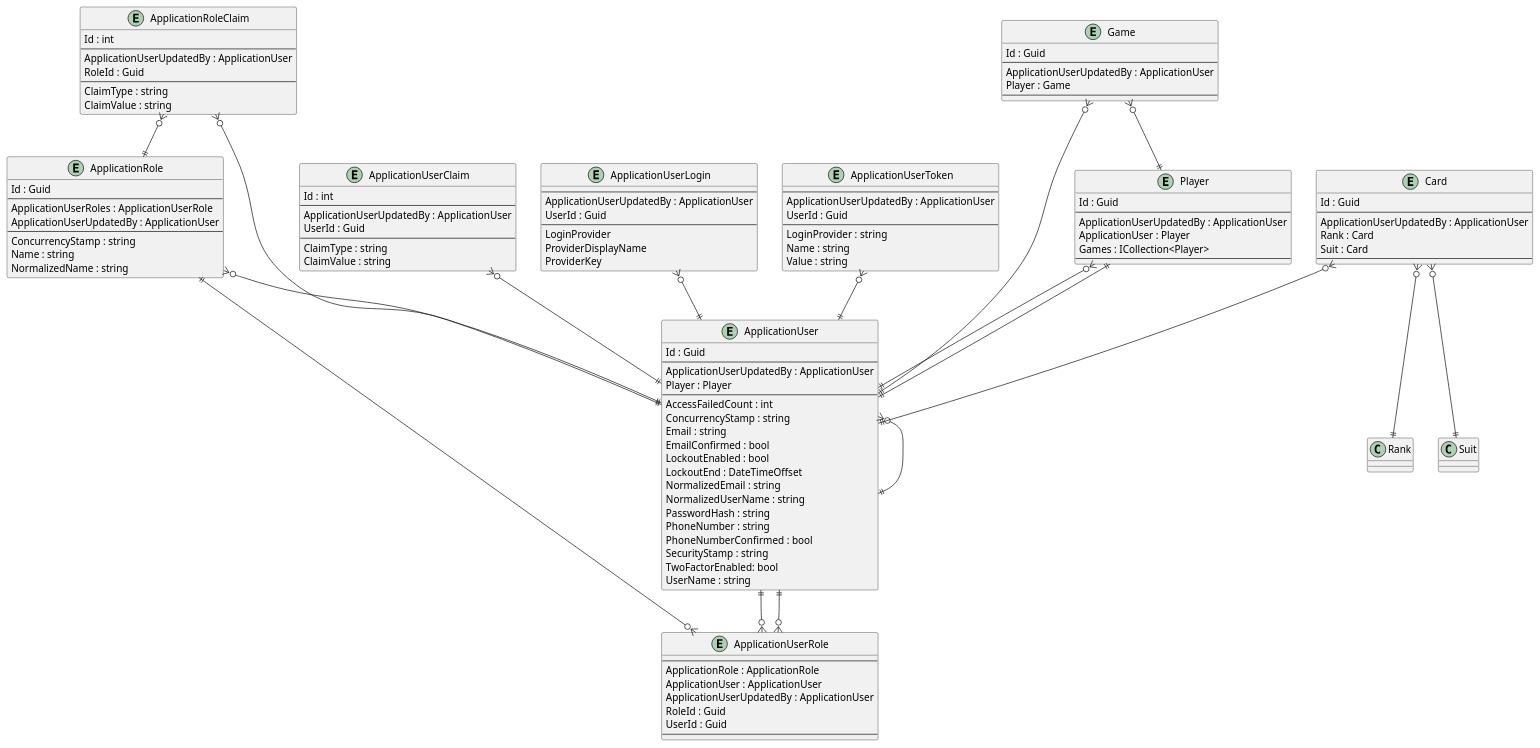
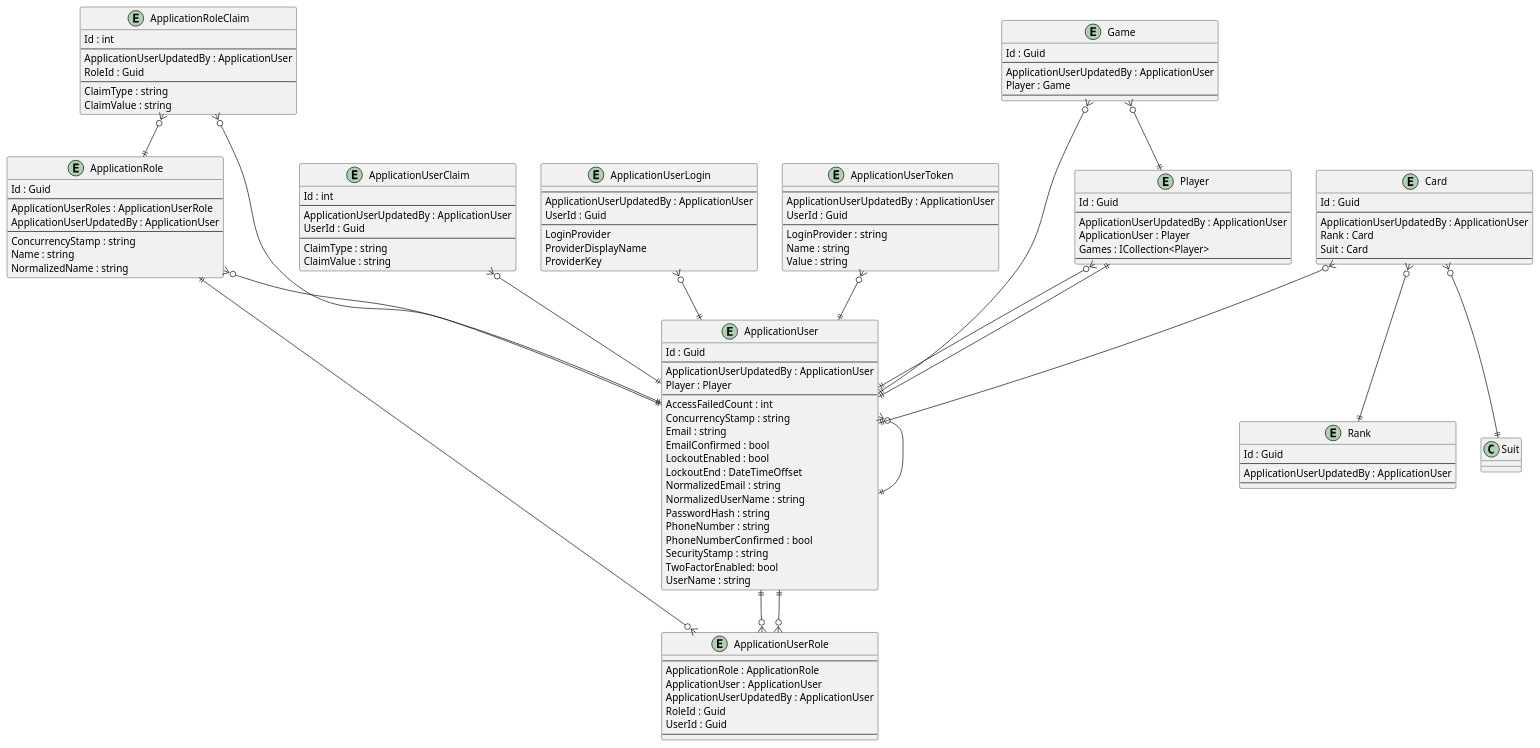
One commit to intrepion/intrepion_klondike-solitaire_csharp changed the diagram in .docs/Intrepion.KlondikeSolitaire.pu. Above: the diagram before and after it, drawn with PlantUML.

```diff
--- a/.docs/Intrepion.KlondikeSolitaire.pu
+++ b/.docs/Intrepion.KlondikeSolitaire.pu
@@ -1,141 +1,150 @@
 @startuml
 
 entity ApplicationRole {
     Id : Guid
     --
     ApplicationUserRoles : ApplicationUserRole
     ApplicationUserUpdatedBy : ApplicationUser
     --
     ConcurrencyStamp : string
     Name : string
     NormalizedName : string
 }
 
 entity ApplicationRoleClaim {
     Id : int
     --
     ApplicationUserUpdatedBy : ApplicationUser
     RoleId : Guid
     --
     ClaimType : string
     ClaimValue : string
 }
 
 entity ApplicationUser {
     Id : Guid
     --
     ApplicationUserUpdatedBy : ApplicationUser
     Player : Player
     ' ApplicationUserKeyCodePlaceholder
     --
     AccessFailedCount : int
     ConcurrencyStamp : string
     Email : string
     EmailConfirmed : bool
     LockoutEnabled : bool
     LockoutEnd : DateTimeOffset
     NormalizedEmail : string
     NormalizedUserName : string
     PasswordHash : string
     PhoneNumber : string
     PhoneNumberConfirmed : bool
     SecurityStamp : string
     TwoFactorEnabled: bool
     UserName : string
 }
 
 entity ApplicationUserClaim {
     Id : int
     --
     ApplicationUserUpdatedBy : ApplicationUser
     UserId : Guid
     --
     ClaimType : string
     ClaimValue : string
 }
 
 entity ApplicationUserLogin {
     --
     ApplicationUserUpdatedBy : ApplicationUser
     UserId : Guid
     --
     LoginProvider
     ProviderDisplayName
     ProviderKey
 }
 
 entity ApplicationUserRole {
     --
     ApplicationRole : ApplicationRole
     ApplicationUser : ApplicationUser
     ApplicationUserUpdatedBy : ApplicationUser
     RoleId : Guid
     UserId : Guid
     --
 }
 
 entity ApplicationUserToken {
     --
     ApplicationUserUpdatedBy : ApplicationUser
     UserId : Guid
     --
     LoginProvider : string
     Name : string
     Value : string
 }
 
 entity Card {
     Id : Guid
     --
     ApplicationUserUpdatedBy : ApplicationUser
     Rank : Card
     Suit : Card
     ' CardKeyCodePlaceholder
     --
     ' CardPropertyCodePlaceholder
 }
 
 entity Game {
     Id : Guid
     --
     ApplicationUserUpdatedBy : ApplicationUser
     Player : Game
     ' GameKeyCodePlaceholder
     --
     ' GamePropertyCodePlaceholder
 }
 
 entity Player {
     Id : Guid
     --
     ApplicationUserUpdatedBy : ApplicationUser
     ApplicationUser : Player
     Games : ICollection<Player>
     ' PlayerKeyCodePlaceholder
     --
     ' PlayerPropertyCodePlaceholder
 }
 
+entity Rank {
+    Id : Guid
+    --
+    ApplicationUserUpdatedBy : ApplicationUser
+    ' RankKeyCodePlaceholder
+    --
+    ' RankPropertyCodePlaceholder
+}
+
 ' EntityCodePlaceholder
 
 ApplicationRole ||--o{ ApplicationUserRole
 ApplicationRole }o--|| ApplicationUser
 ApplicationRoleClaim }o--|| ApplicationRole
 ApplicationRoleClaim }o--|| ApplicationUser
 ApplicationUser }o--|| ApplicationUser
 ApplicationUser ||--o{ ApplicationUserRole
 ApplicationUserClaim }o--|| ApplicationUser
 ApplicationUserLogin }o--|| ApplicationUser
 ApplicationUserRole }o--|| ApplicationUser
 ApplicationUserToken }o--|| ApplicationUser
 
 Card }o--|| ApplicationUser
 Card }o--|| Rank
 Card }o--|| Suit
 Game }o--|| ApplicationUser
 Game }o--|| Player
 Player }o--|| ApplicationUser
 Player ||--|| ApplicationUser
 ' RelationshipCodePlaceholder
 
 @enduml
```
